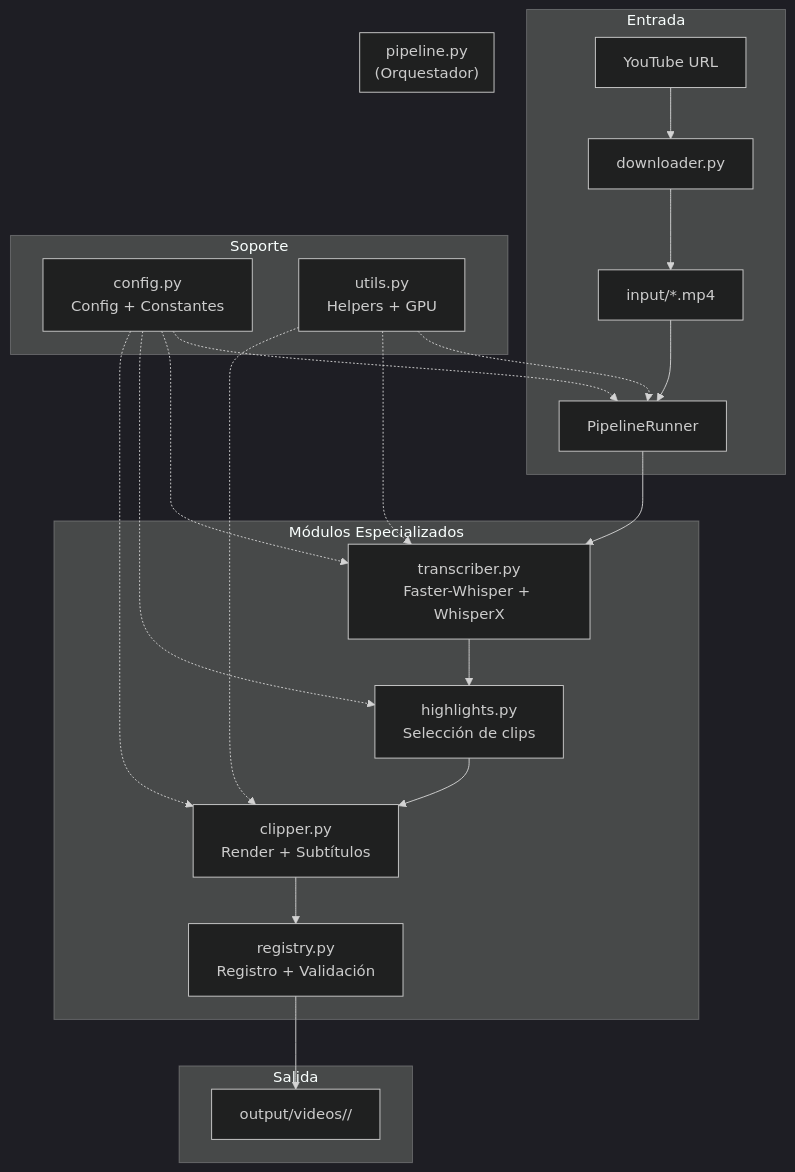
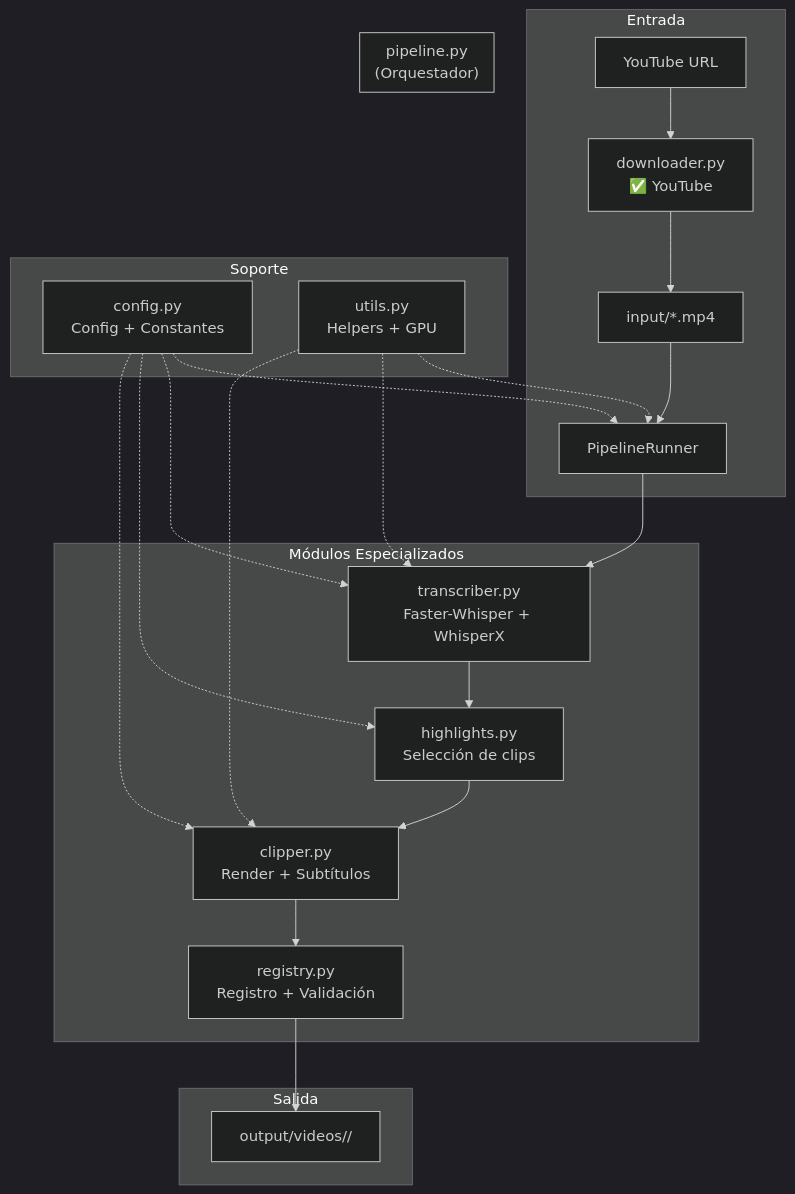
The diagram in ARCHITECTURE.md (gfromtheD/clipping-Alfa), drawn with Mermaid (dark theme) before and after one commit. The commit also changed other lines of this file, not shown here.

Commit message:
Corregir ARCHITECTURE.md: 36/36 tests, downloader integrado

````diff
--- a/ARCHITECTURE.md
+++ b/ARCHITECTURE.md
@@ -9,43 +9,43 @@
 ```mermaid
 flowchart TD
     subgraph Entrada["Entrada"]
-        YT[YouTube URL] --> DL[downloader.py]
+        YT[YouTube URL] --> DL[downloader.py<br/>✅ YouTube]
         INPUT[input/*.mp4] --> PIPE
         DL --> INPUT
     end
     
     subgraph Pipeline["pipeline.py<br/>(Orquestador)"]
         PIPE[PipelineRunner]
     end
     
     subgraph Modulos["Módulos Especializados"]
         TRANS[transcriber.py<br/>Faster-Whisper + WhisperX]
         HIGH[highlights.py<br/>Selección de clips]
         CLIP[clipper.py<br/>Render + Subtítulos]
         REG[registry.py<br/>Registro + Validación]
     end
     
     subgraph Soporte["Soporte"]
         CONFIG[config.py<br/>Config + Constantes]
         UTILS[utils.py<br/>Helpers + GPU]
     end
     
     subgraph Salida["Salida"]
         OUTPUT[output/videos/<id>/]
     end
     
     PIPE --> TRANS
     TRANS --> HIGH
     HIGH --> CLIP
     CLIP --> REG
     REG --> OUTPUT
     
     CONFIG -.-> PIPE
     CONFIG -.-> TRANS
     CONFIG -.-> HIGH
     CONFIG -.-> CLIP
     
     UTILS -.-> PIPE
     UTILS -.-> TRANS
     UTILS -.-> CLIP
 ```
````
